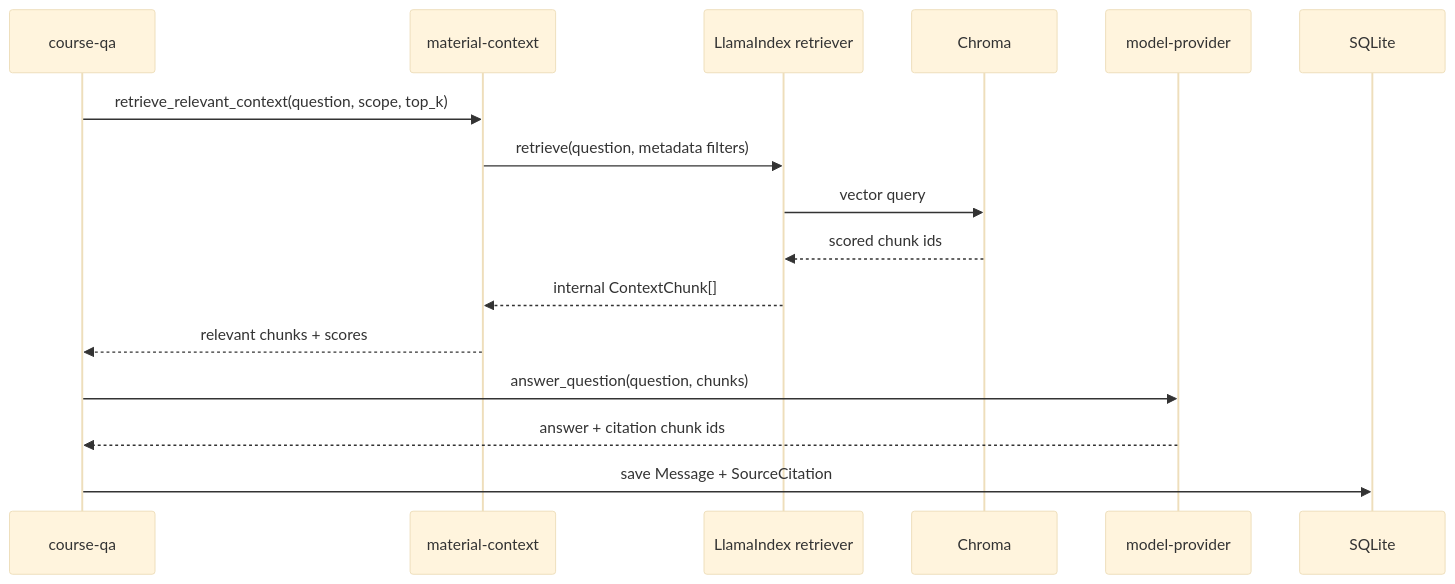
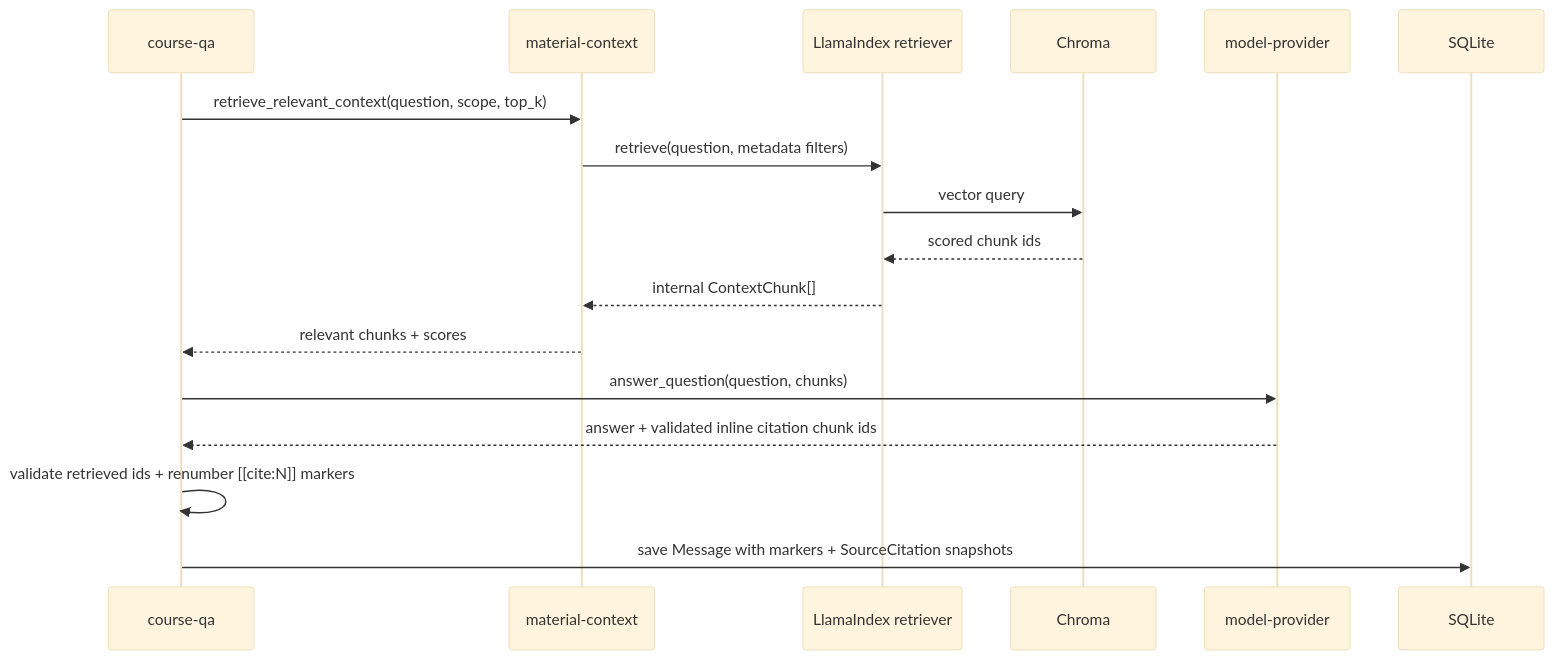
One commit to cyruan815/CourseNexus changed the third of 4 diagrams in docs/architecture/material-context-rag.md. Above: the diagram before and after it, drawn with Mermaid (base theme). The commit also changed other lines of this file and 13 other files, not shown here.

````diff
--- a/docs/architecture/material-context-rag.md
+++ b/docs/architecture/material-context-rag.md
@@ -206,19 +206,20 @@
 ```mermaid
 sequenceDiagram
     participant QA as course-qa
     participant CTX as material-context
     participant R as LlamaIndex retriever
     participant C as Chroma
     participant MP as model-provider
     participant DB as SQLite
 
     QA->>CTX: retrieve_relevant_context(question, scope, top_k)
     CTX->>R: retrieve(question, metadata filters)
     R->>C: vector query
     C-->>R: scored chunk ids
     R-->>CTX: internal ContextChunk[]
     CTX-->>QA: relevant chunks + scores
     QA->>MP: answer_question(question, chunks)
-    MP-->>QA: answer + citation chunk ids
-    QA->>DB: save Message + SourceCitation
+    MP-->>QA: answer + validated inline citation chunk ids
+    QA->>QA: validate retrieved ids + renumber [[cite:N]] markers
+    QA->>DB: save Message with markers + SourceCitation snapshots
 ```
````
